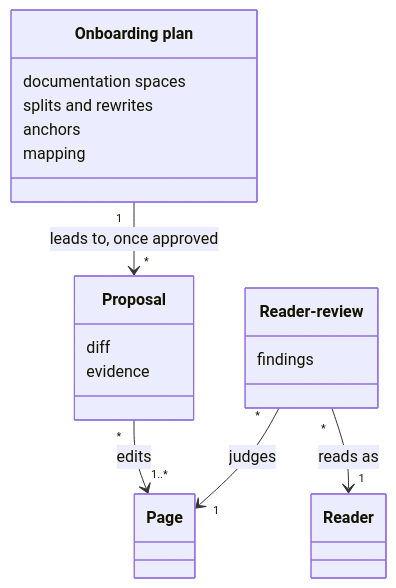
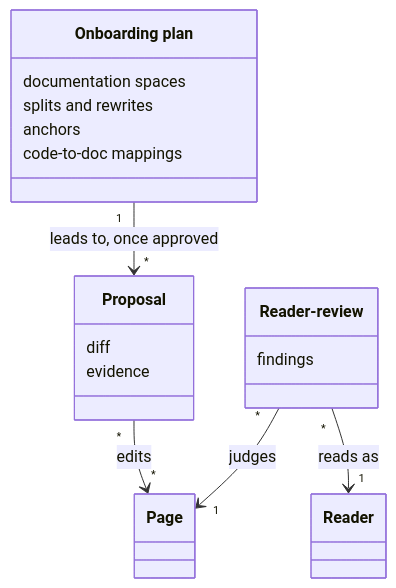
The first of 2 diagrams in tech-docs/analysis/living-docs/domain-model/020-proposals-and-reviews.md (aleskalfas/project-kit), drawn with Mermaid before and after one commit. The commit also changed other lines of this file and 10 other files, not shown here.

````diff
--- a/tech-docs/analysis/living-docs/domain-model/020-proposals-and-reviews.md
+++ b/tech-docs/analysis/living-docs/domain-model/020-proposals-and-reviews.md
@@ -26,21 +26,21 @@
 ```mermaid
 classDiagram
   accTitle: Proposals and reviews
-  accDescr: A proposal edits one page or more, with its diff and its evidence. A reader-review judges one page as one reader, with its findings. An approved onboarding plan leads to the proposals it names.
+  accDescr: A proposal edits any number of pages, with its diff and its evidence. A reader-review judges one page as one reader, with its findings. An approved onboarding plan leads to the proposals it names.
   class Proposal
   Proposal : diff
   Proposal : evidence
   class ReaderReview["Reader-review"]
   ReaderReview : findings
   class OnboardingPlan["Onboarding plan"]
   OnboardingPlan : documentation spaces
   OnboardingPlan : splits and rewrites
   OnboardingPlan : anchors
-  OnboardingPlan : mapping
+  OnboardingPlan : code-to-doc mappings
   class Page
   class Reader
-  Proposal "*" --> "1..*" Page : edits
+  Proposal "*" --> "*" Page : edits
   ReaderReview "*" --> "1" Page : judges
   ReaderReview "*" --> "1" Reader : reads as
   OnboardingPlan "1" --> "*" Proposal : leads to, once approved
 ```
````
